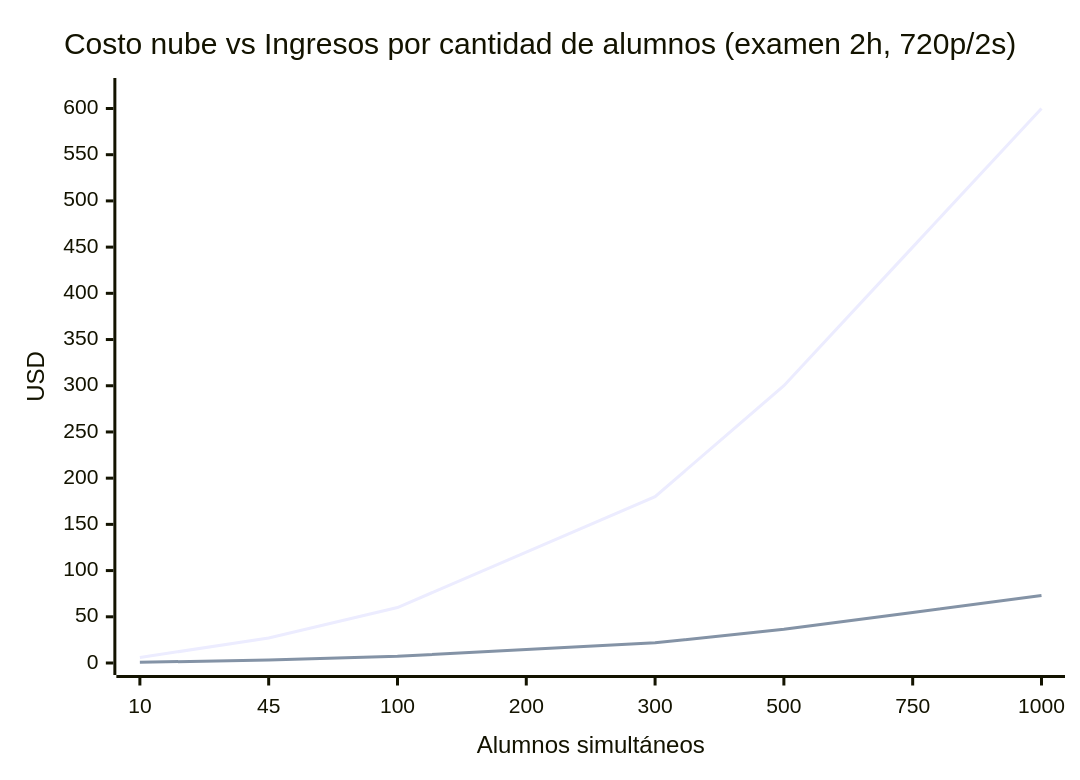
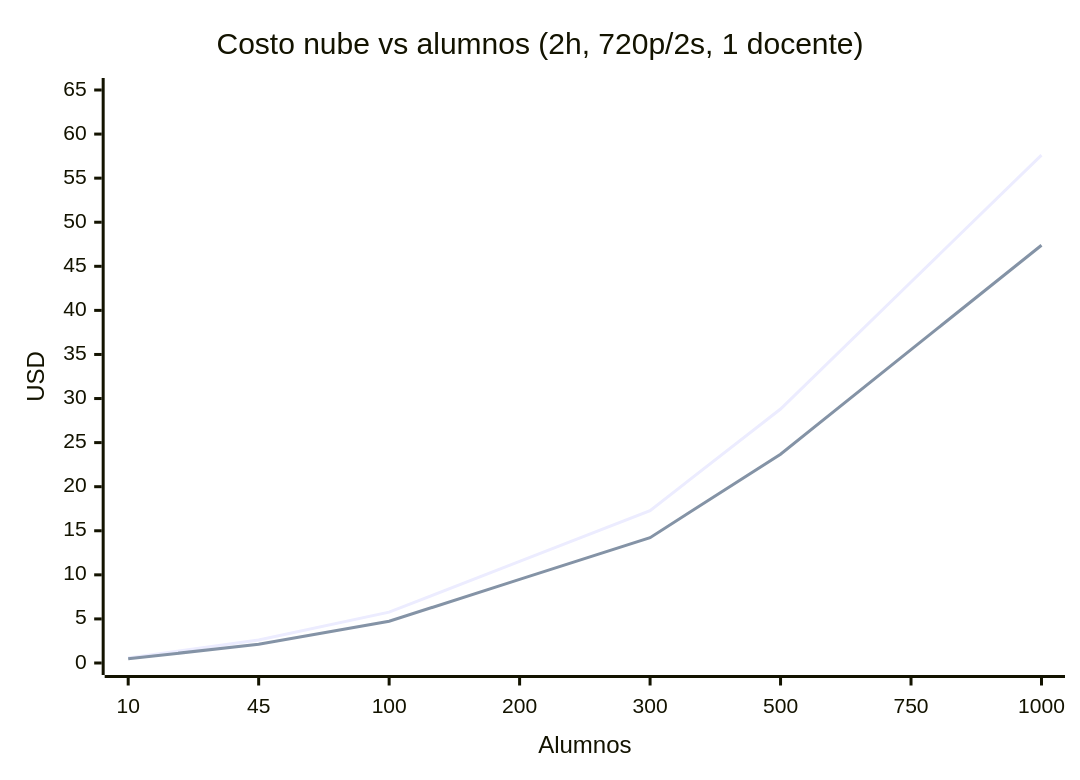
One commit to daniel-baf/virtua-ExamLock changed the diagram in docs/gcp-cost-simulation.md. Above: the diagram before and after it, drawn with Mermaid. The commit also changed other lines of this file and 3 other files, not shown here.

````diff
--- a/docs/gcp-cost-simulation.md
+++ b/docs/gcp-cost-simulation.md
@@ -12,8 +180,8 @@
 ```mermaid
 xychart-beta
-    title "Costo nube vs Ingresos por cantidad de alumnos (examen 2h, 720p/2s)"
-    x-axis "Alumnos simultáneos" [10, 45, 100, 200, 300, 500, 750, 1000]
-    y-axis "USD" 0 --> 620
-    line "Ingresos ($0,30/alumno-hora)" [6, 27, 60, 120, 180, 300, 450, 600]
-    line "Costo nube total" [0.73, 3.32, 7.30, 14.60, 21.90, 36.42, 54.75, 73.00]
+    title "Costo nube vs alumnos (2h, 720p/2s, 1 docente)"
+    x-axis "Alumnos" [10, 45, 100, 200, 300, 500, 750, 1000]
+    y-axis "USD" 0 --> 65
+    line "Costo total" [0.58, 2.60, 5.77, 11.53, 17.29, 28.81, 43.22, 57.62]
+    line "Egreso stream" [0.47, 2.13, 4.74, 9.48, 14.22, 23.69, 35.54, 47.39]
 ```
````
